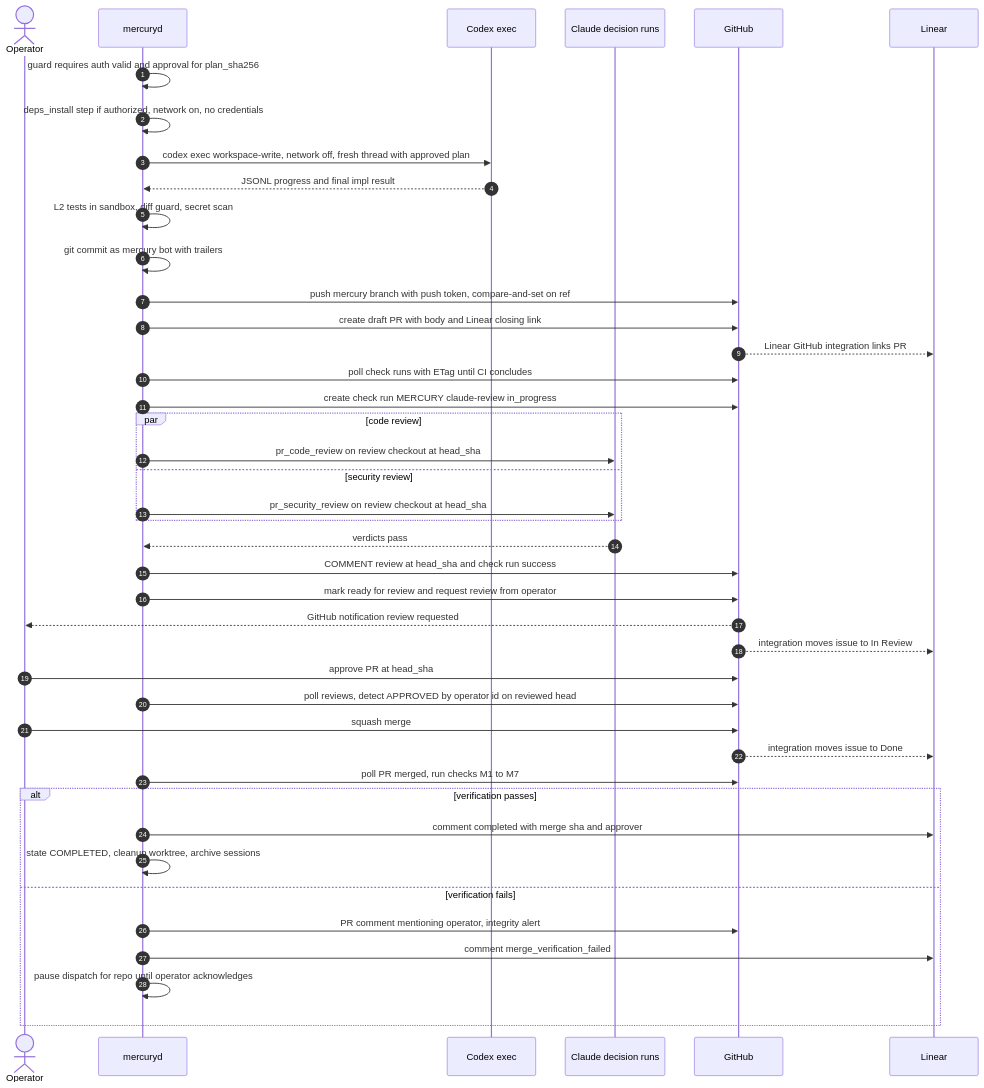
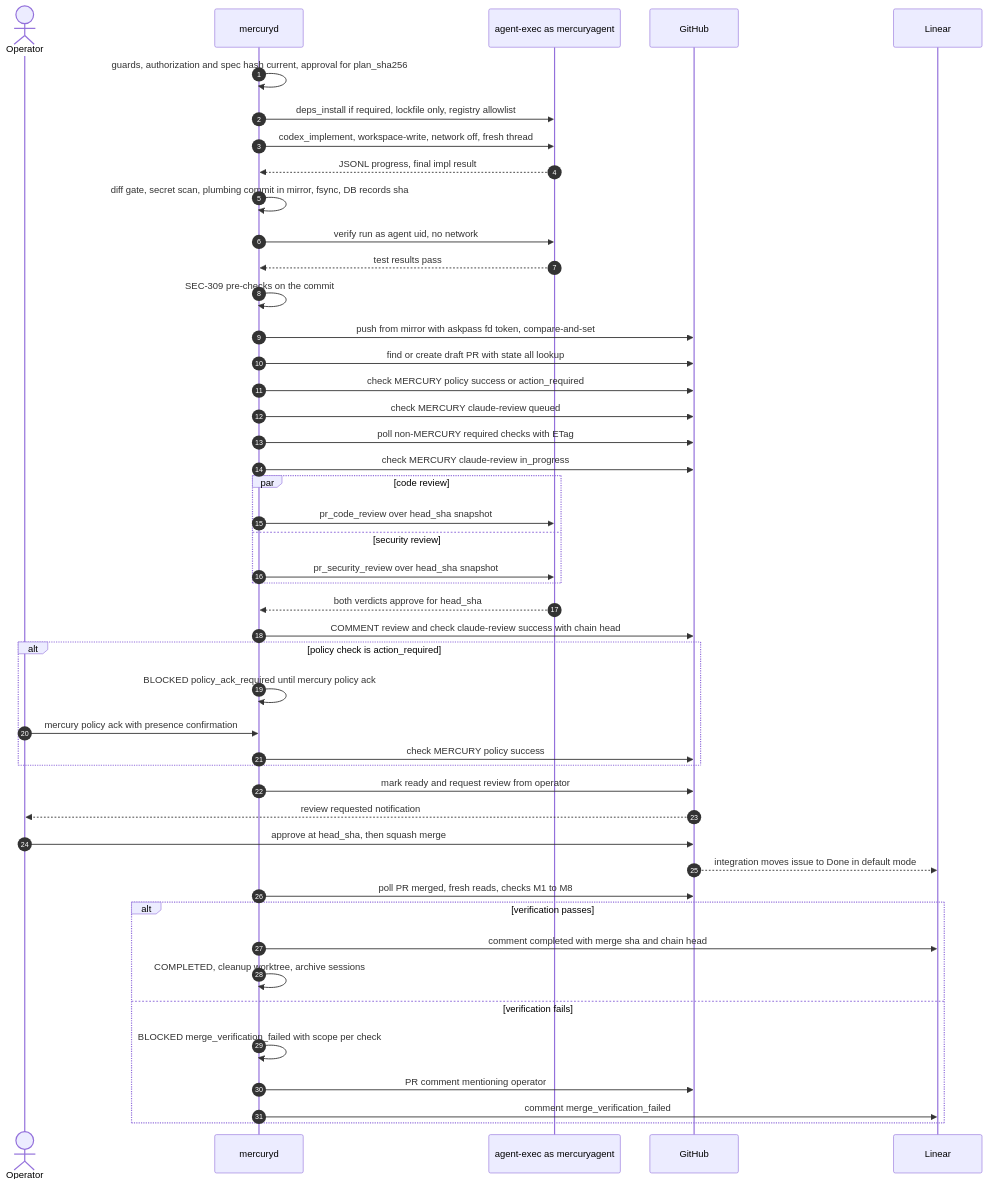
The second of 5 diagrams in docs/mercury/integrations/github.md (usjbro/Project-Mercury), drawn with Mermaid before and after one commit. The commit also changed other lines of this file and 5 other files, not shown here.

First line of the commit message:
docs(mercury): phase 4 revisions in progress (A, B, D, F partial)

````diff
--- a/docs/mercury/integrations/github.md
+++ b/docs/mercury/integrations/github.md
@@ -425,44 +547,48 @@
 ```mermaid
 sequenceDiagram
     autonumber
     actor Op as Operator
     participant M as mercuryd
-    participant X as Codex exec
-    participant C as Claude decision runs
+    participant AX as agent-exec as mercuryagent
     participant G as GitHub
     participant L as Linear
-    M->>M: guard requires auth valid and approval for plan_sha256
-    M->>M: deps_install step if authorized, network on, no credentials
-    M->>X: codex exec workspace-write, network off, fresh thread with approved plan
-    X-->>M: JSONL progress and final impl result
-    M->>M: L2 tests in sandbox, diff guard, secret scan
-    M->>M: git commit as mercury bot with trailers
-    M->>G: push mercury branch with push token, compare-and-set on ref
-    M->>G: create draft PR with body and Linear closing link
-    G-->>L: Linear GitHub integration links PR
-    M->>G: poll check runs with ETag until CI concludes
-    M->>G: create check run MERCURY claude-review in_progress
+    M->>M: guards, authorization and spec hash current, approval for plan_sha256
+    M->>AX: deps_install if required, lockfile only, registry allowlist
+    M->>AX: codex_implement, workspace-write, network off, fresh thread
+    AX-->>M: JSONL progress, final impl result
+    M->>M: diff gate, secret scan, plumbing commit in mirror, fsync, DB records sha
+    M->>AX: verify run as agent uid, no network
+    AX-->>M: test results pass
+    M->>M: SEC-309 pre-checks on the commit
+    M->>G: push from mirror with askpass fd token, compare-and-set
+    M->>G: find or create draft PR with state all lookup
+    M->>G: check MERCURY policy success or action_required
+    M->>G: check MERCURY claude-review queued
+    M->>G: poll non-MERCURY required checks with ETag
+    M->>G: check MERCURY claude-review in_progress
     par code review
-        M->>C: pr_code_review on review checkout at head_sha
+        M->>AX: pr_code_review over head_sha snapshot
     and security review
-        M->>C: pr_security_review on review checkout at head_sha
+        M->>AX: pr_security_review over head_sha snapshot
     end
-    C-->>M: verdicts pass
-    M->>G: COMMENT review at head_sha and check run success
-    M->>G: mark ready for review and request review from operator
-    G-->>Op: GitHub notification review requested
-    G-->>L: integration moves issue to In Review
-    Op->>G: approve PR at head_sha
-    M->>G: poll reviews, detect APPROVED by operator id on reviewed head
-    Op->>G: squash merge
-    G-->>L: integration moves issue to Done
-    M->>G: poll PR merged, run checks M1 to M7
+    AX-->>M: both verdicts approve for head_sha
+    M->>G: COMMENT review and check claude-review success with chain head
+    alt policy check is action_required
+        M->>M: BLOCKED policy_ack_required until mercury policy ack
+        Op->>M: mercury policy ack with presence confirmation
+        M->>G: check MERCURY policy success
+    end
+    M->>G: mark ready and request review from operator
+    G-->>Op: review requested notification
+    Op->>G: approve at head_sha, then squash merge
+    G-->>L: integration moves issue to Done in default mode
+    M->>G: poll PR merged, fresh reads, checks M1 to M8
     alt verification passes
-        M->>L: comment completed with merge sha and approver
-        M->>M: state COMPLETED, cleanup worktree, archive sessions
+        M->>L: comment completed with merge sha and chain head
+        M->>M: COMPLETED, cleanup worktree, archive sessions
     else verification fails
-        M->>G: PR comment mentioning operator, integrity alert
+        M->>M: BLOCKED merge_verification_failed with scope per check
+        M->>G: PR comment mentioning operator
         M->>L: comment merge_verification_failed
-        M->>M: pause dispatch for repo until operator acknowledges
     end
 ```
````
